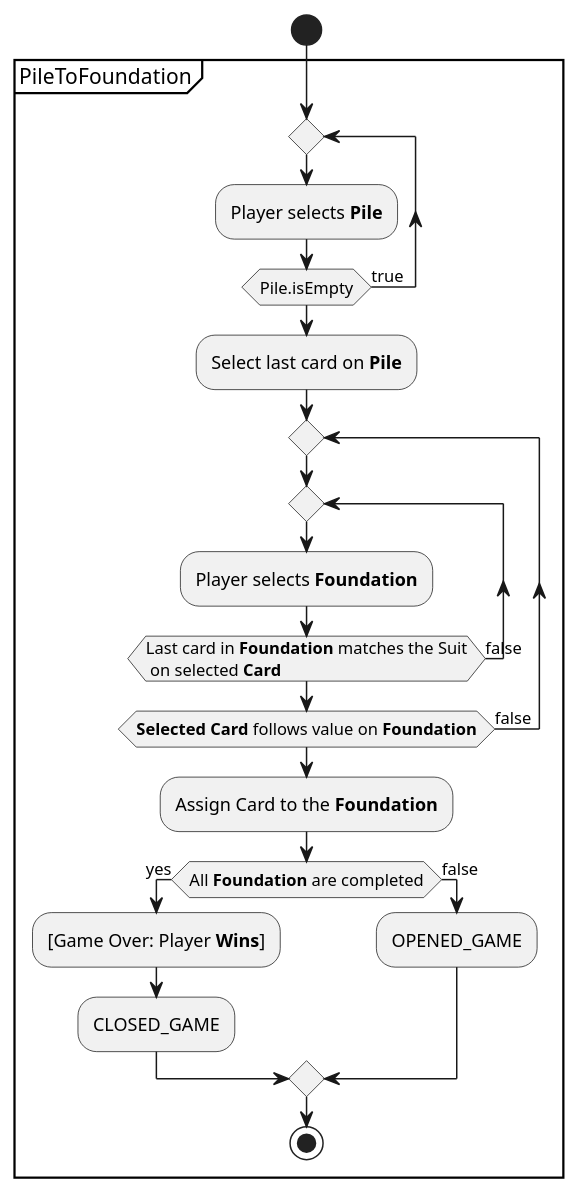
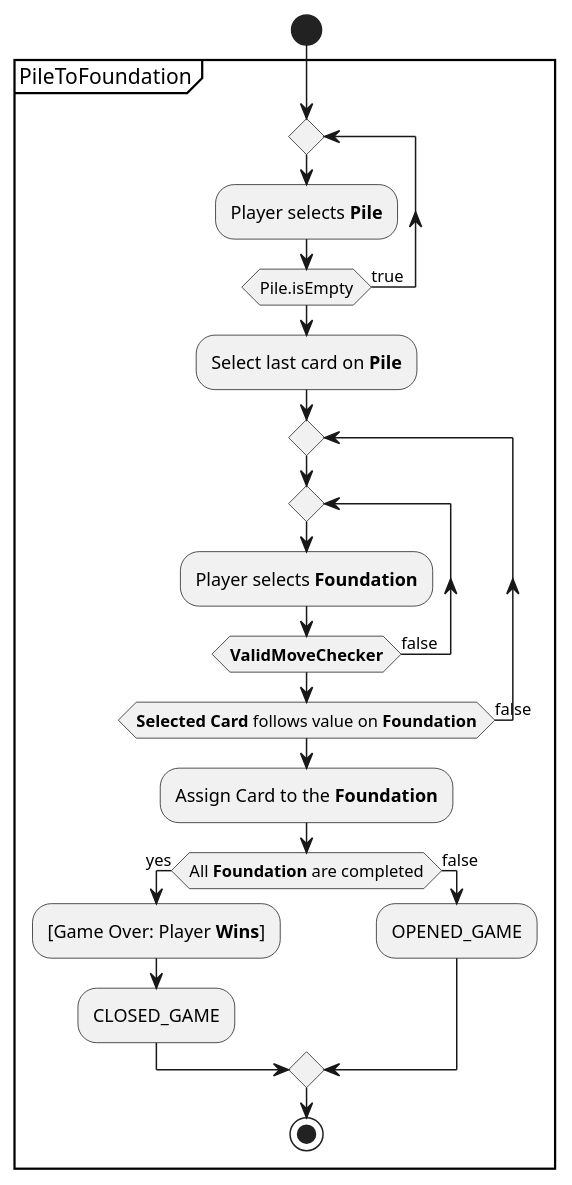
Before and after one commit to ciscoruiz/klondike: the diagram in useCaseView/PileToFoundation.puml, drawn with PlantUML. The commit also changed 6 other files, not shown here.

Commit message:
Define ValidMoveChecker use case

```diff
--- a/useCaseView/PileToFoundation.puml
+++ b/useCaseView/PileToFoundation.puml
@@ -1,32 +1,32 @@
 @startuml
 'https://plantuml.com/activity-diagram-beta
 
 start
 
 partition PileToFoundation {
 
 repeat
    :Player selects **Pile**;
 repeat while (Pile.isEmpty) is (true)
 
 :Select last card on **Pile**;
 
 repeat
    repeat
       :Player selects **Foundation**;
-   repeat while (Last card in **Foundation** matches the Suit\n on selected **Card**) is (false)
+   repeat while (**ValidMoveChecker**) is (false)
 repeat while (**Selected Card** follows value on **Foundation**) is (false)
 
 :Assign Card to the **Foundation**;
 
 if (All **Foundation** are completed) then (yes)
    :[Game Over: Player **Wins**];
    :CLOSED_GAME;
 else (false)
    :OPENED_GAME;
 endif
 
 
 stop
 
 @enduml
```
